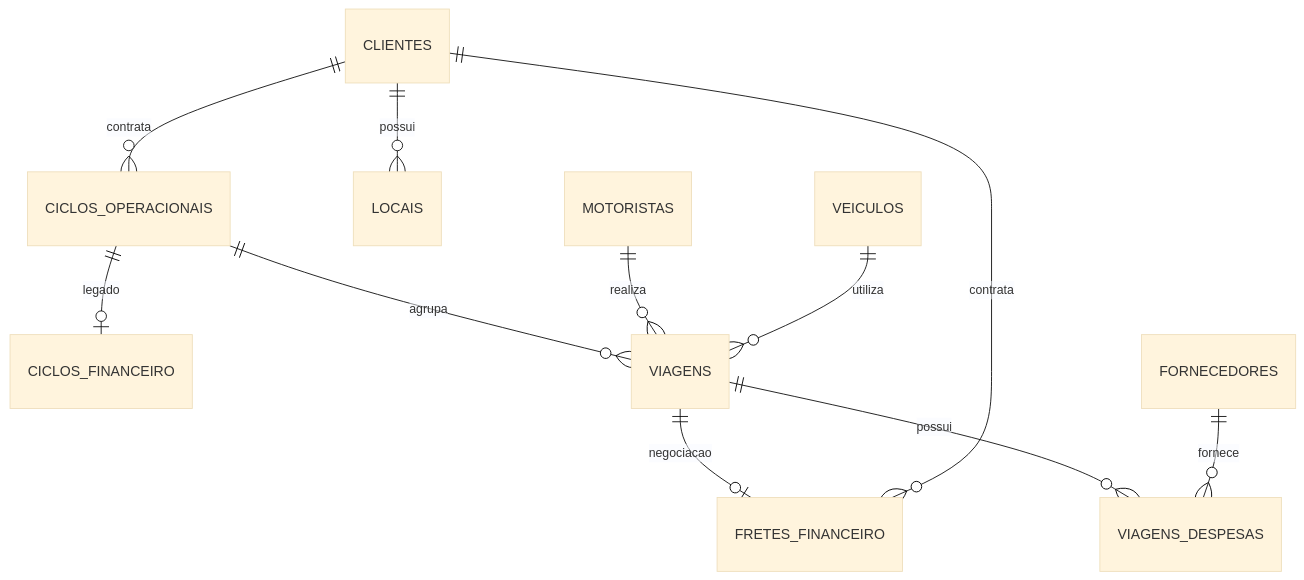
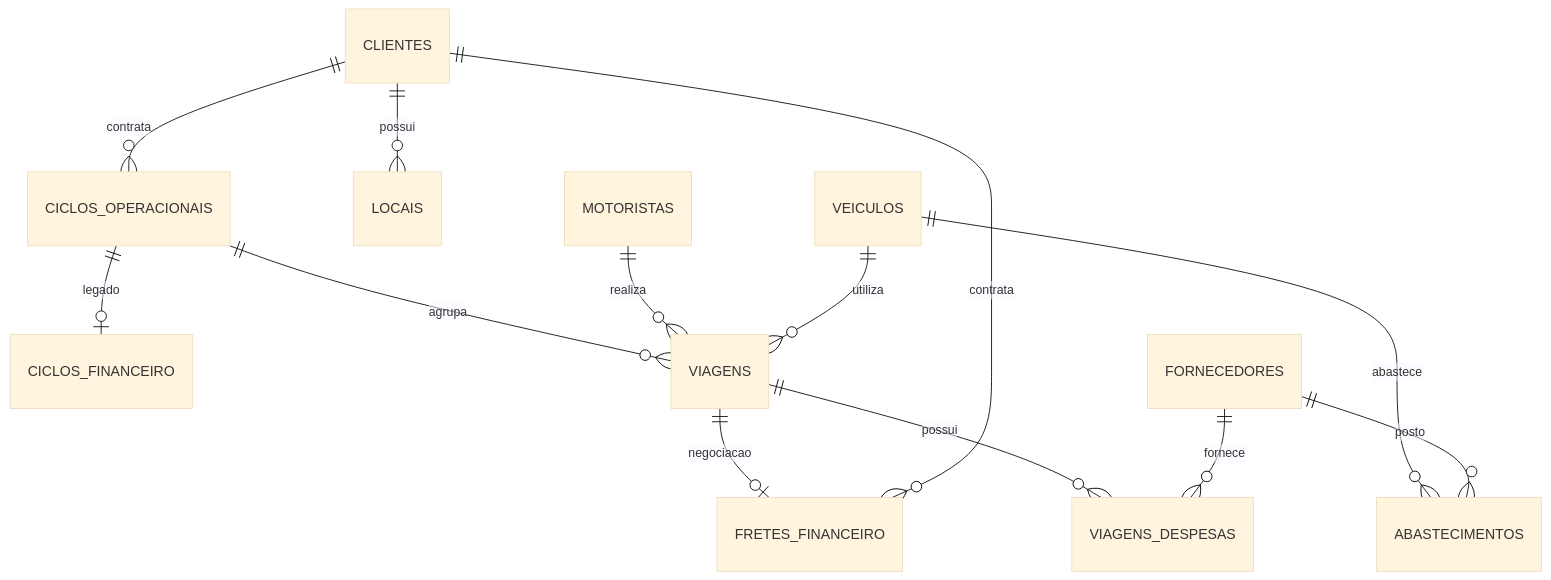
The diagram in docs/arquitetura_banco.md (felpontes98/faeg-logistica-app), drawn with Mermaid (base theme) before and after one commit. The commit also changed other lines of this file and 7 other files, not shown here.

````diff
--- a/docs/arquitetura_banco.md
+++ b/docs/arquitetura_banco.md
@@ -26,13 +27,15 @@
 ```mermaid
 erDiagram
     CLIENTES ||--o{ CICLOS_OPERACIONAIS : contrata
     CLIENTES ||--o{ LOCAIS : possui
     CICLOS_OPERACIONAIS ||--o| CICLOS_FINANCEIRO : legado
     CICLOS_OPERACIONAIS ||--o{ VIAGENS : agrupa
     VIAGENS ||--o| FRETES_FINANCEIRO : negociacao
     CLIENTES ||--o{ FRETES_FINANCEIRO : contrata
     MOTORISTAS ||--o{ VIAGENS : realiza
     VEICULOS ||--o{ VIAGENS : utiliza
+    VEICULOS ||--o{ ABASTECIMENTOS : abastece
     VIAGENS ||--o{ VIAGENS_DESPESAS : possui
     FORNECEDORES ||--o{ VIAGENS_DESPESAS : fornece
+    FORNECEDORES ||--o{ ABASTECIMENTOS : posto
 ```
````
